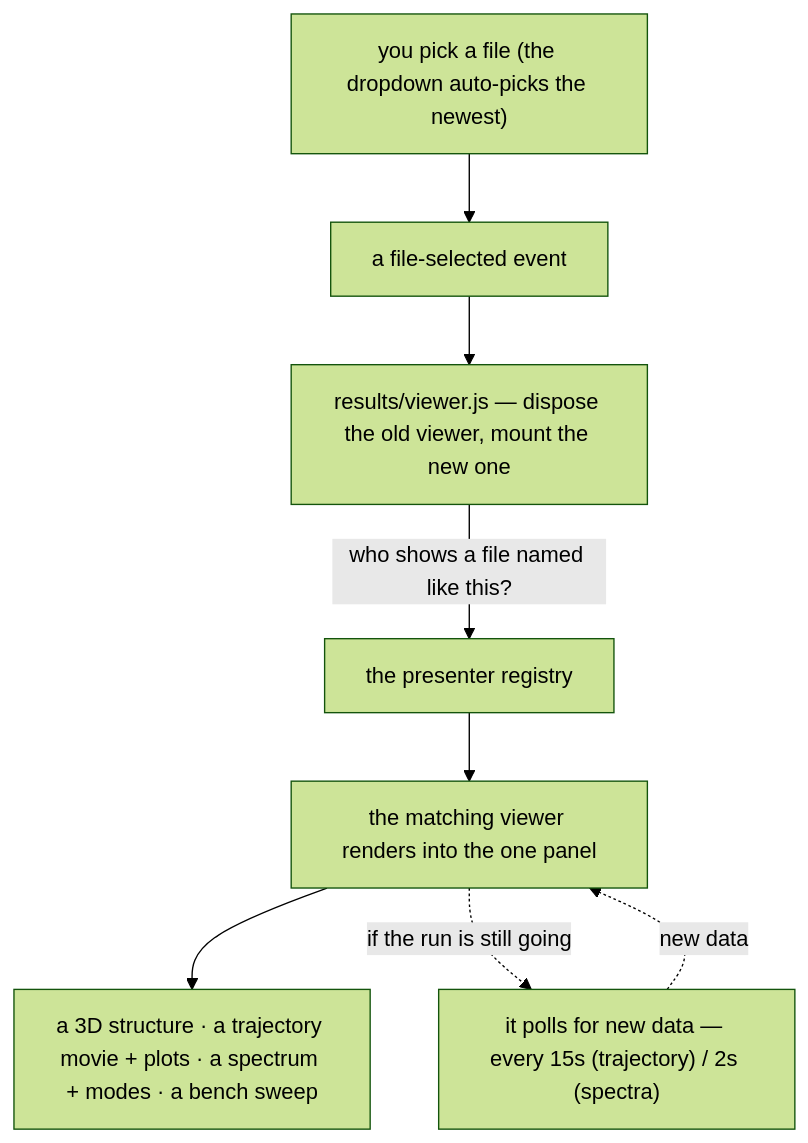
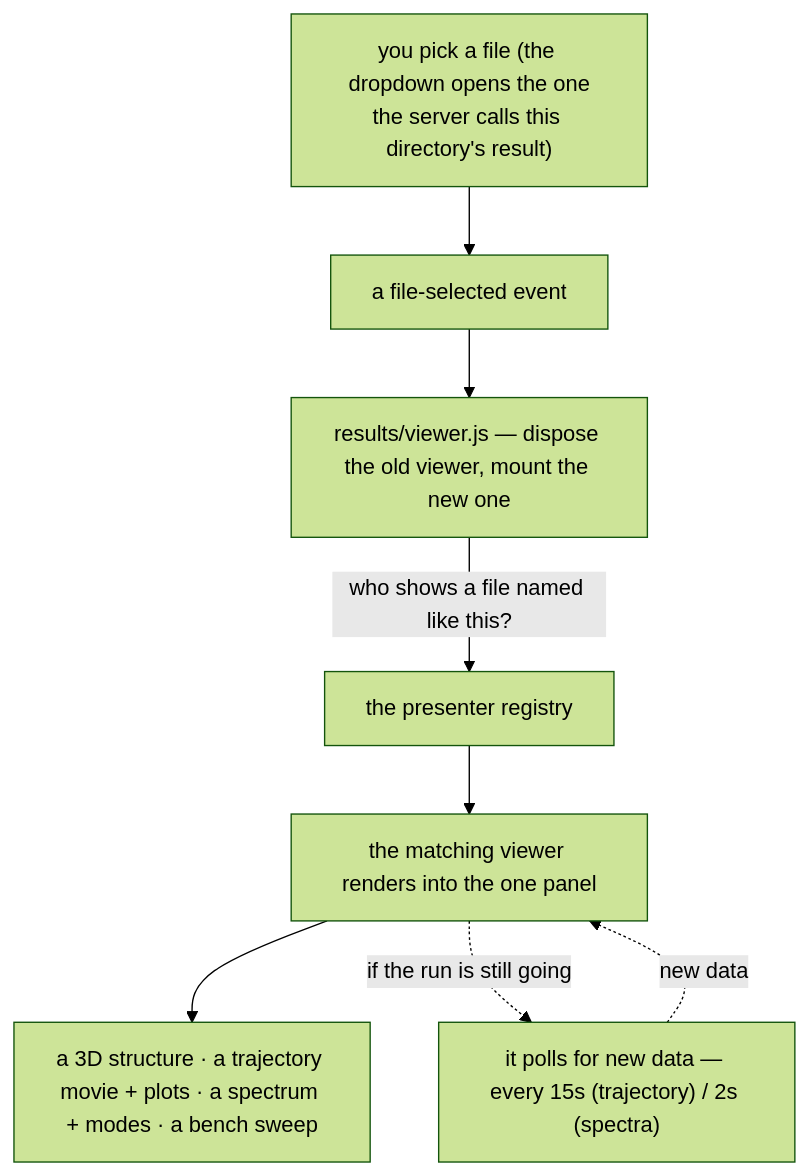
The first of 3 diagrams in docs/web/results.md (Qing-LAB/molbuilder), drawn with Mermaid (forest theme) before and after one commit. The commit also changed other lines of this file and 5 other files, not shown here.

````diff
--- a/docs/web/results.md
+++ b/docs/web/results.md
@@ -28,10 +30,10 @@
 ```mermaid
 flowchart TD
-  U["you pick a file (the dropdown auto-picks the newest)"] --> EV["a file-selected event"]
+  U["you pick a file (the dropdown opens the one<br/>the server calls this directory's result)"] --> EV["a file-selected event"]
   EV --> CTRL["results/viewer.js — dispose the old viewer, mount the new one"]
   CTRL -->|"who shows a file named like this?"| REG["the presenter registry"]
   REG --> ENG["the matching viewer renders into the one panel"]
   ENG --> S["a 3D structure · a trajectory movie + plots · a spectrum + modes · a bench sweep"]
   ENG -. "if the run is still going" .-> POLL["it polls for new data — every 15s (trajectory) / 2s (spectra)"]
   POLL -. "new data" .-> ENG
 ```
````
